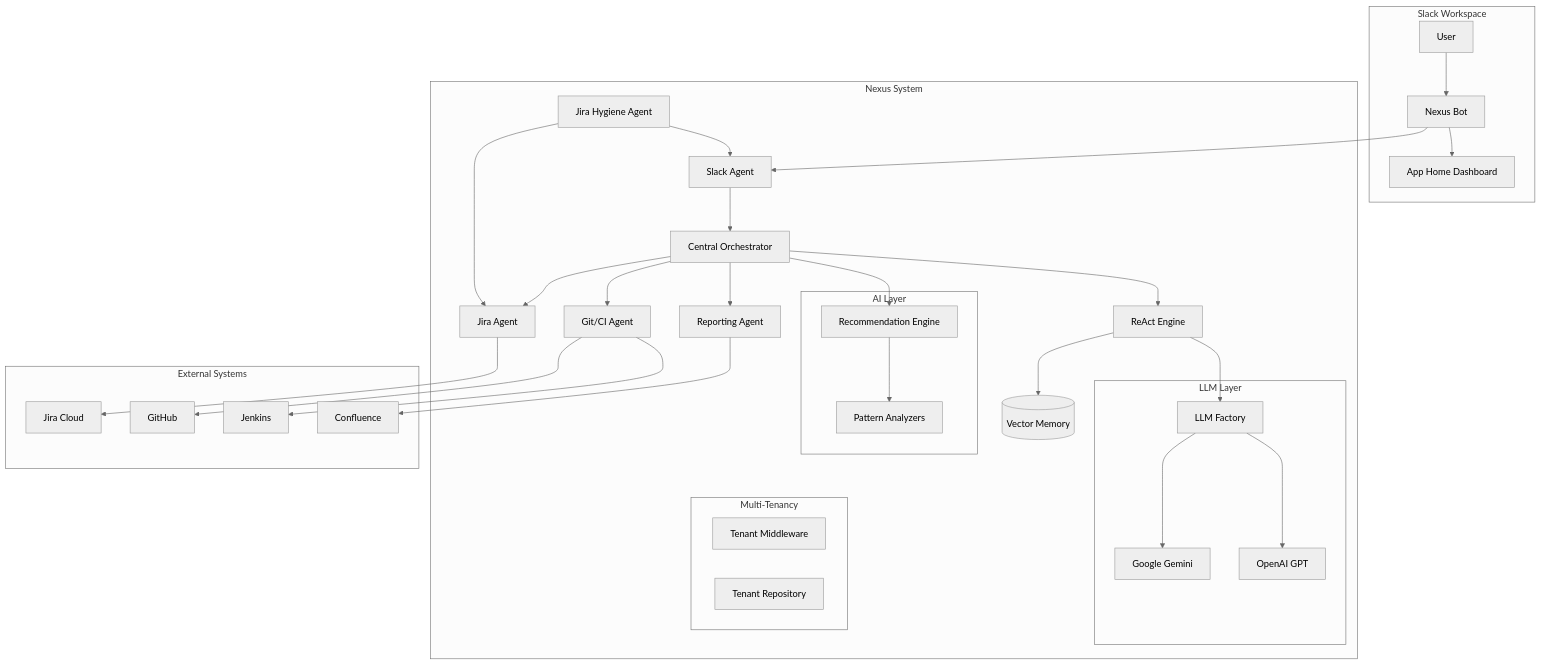
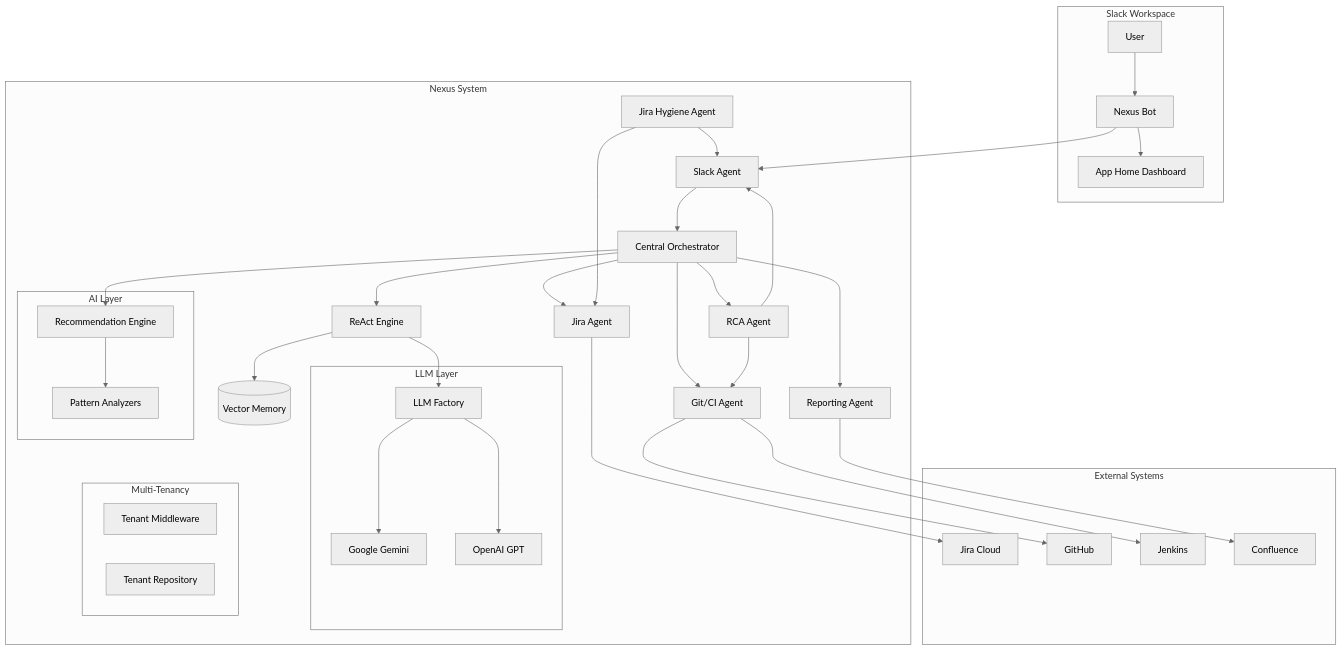
One commit to IKRedHat/Nexus-Release-Readiness-Bot changed the diagram in docs/index.md. Above: the diagram before and after it, drawn with Mermaid (neutral theme). The commit also changed other lines of this file and 4 other files, not shown here.

First line of the commit message:
docs: update all documentation for RCA auto-trigger and Slack notifications

````diff
--- a/docs/index.md
+++ b/docs/index.md
@@ -70,51 +81,55 @@
 ```mermaid
 flowchart TB
     subgraph Slack["Slack Workspace"]
         User[User] --> SlackApp[Nexus Bot]
         SlackApp --> AppHome[App Home Dashboard]
     end
     
     subgraph Nexus["Nexus System"]
         SlackApp --> SlackAgent[Slack Agent]
         SlackAgent --> Orchestrator[Central Orchestrator]
         
         subgraph LLMLayer["LLM Layer"]
             LLMFactory[LLM Factory]
             Gemini[Google Gemini]
             OpenAI[OpenAI GPT]
         end
         
         Orchestrator --> ReAct[ReAct Engine]
         ReAct --> Memory[(Vector Memory)]
         ReAct --> LLMFactory
         LLMFactory --> Gemini
         LLMFactory --> OpenAI
         
         subgraph AILayer["AI Layer"]
             RecEngine[Recommendation Engine]
             Analyzers[Pattern Analyzers]
         end
         
         Orchestrator --> RecEngine
         RecEngine --> Analyzers
         
         Orchestrator --> JiraAgent[Jira Agent]
         Orchestrator --> GitAgent[Git/CI Agent]
         Orchestrator --> ReportAgent[Reporting Agent]
+        Orchestrator --> RCAAgent[RCA Agent]
+        
+        RCAAgent --> GitAgent
+        RCAAgent --> SlackAgent
         
         HygieneAgent[Jira Hygiene Agent] --> JiraAgent
         HygieneAgent --> SlackAgent
         
         subgraph MultiTenant["Multi-Tenancy"]
             TenantMW[Tenant Middleware]
             TenantRepo[Tenant Repository]
         end
     end
     
     subgraph External["External Systems"]
         JiraAgent --> Jira[Jira Cloud]
         GitAgent --> GitHub[GitHub]
         GitAgent --> Jenkins[Jenkins]
         ReportAgent --> Confluence[Confluence]
     end
 ```
````
